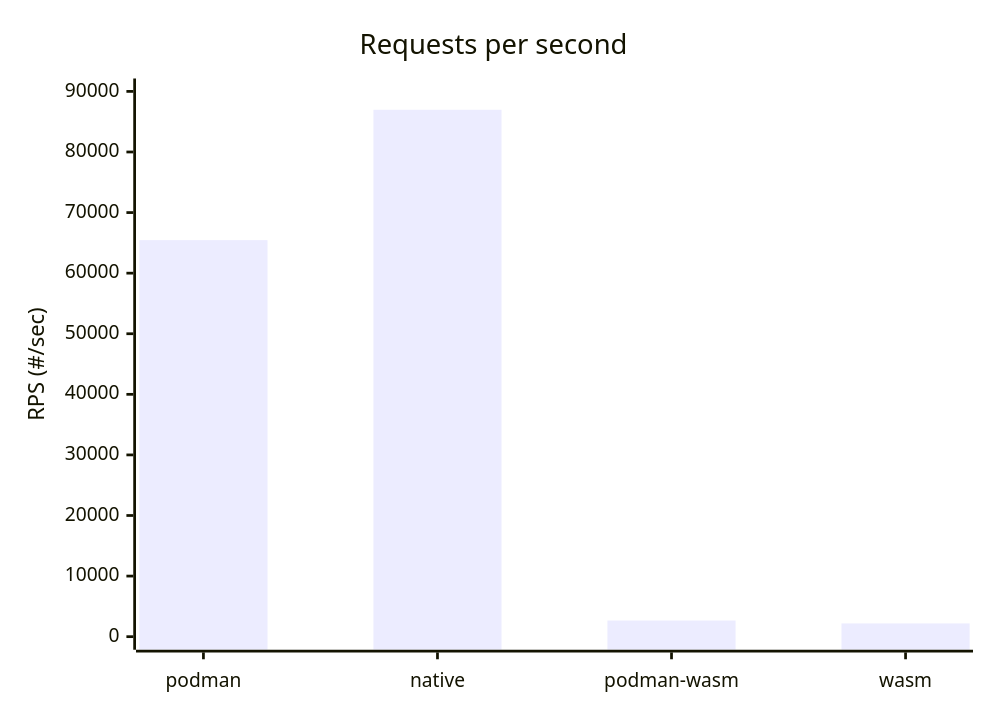
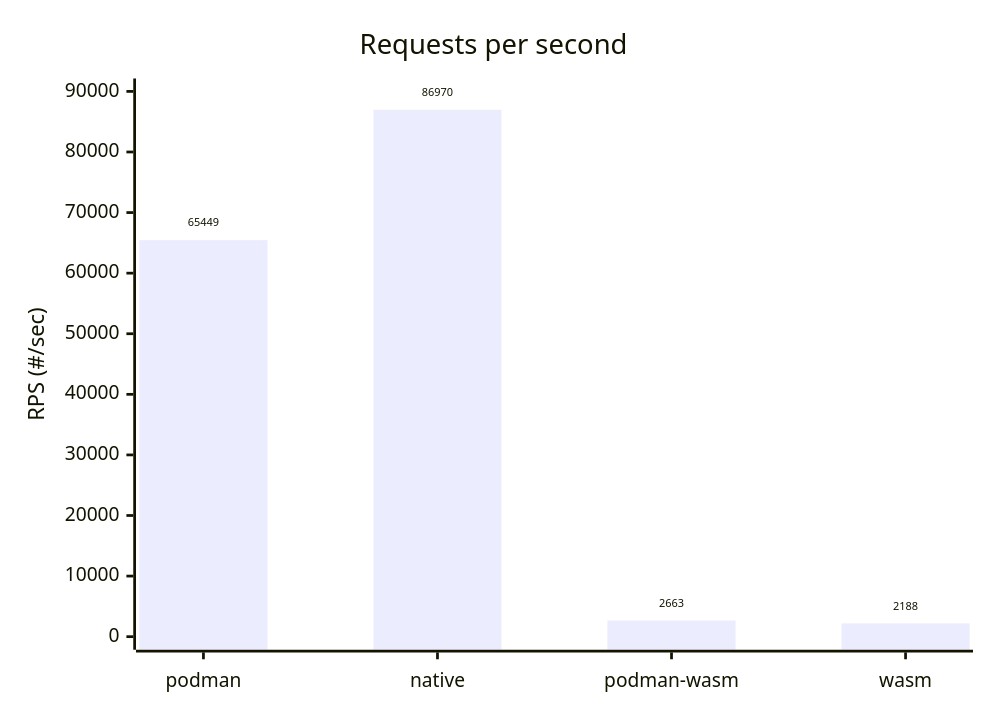
The ninth of 9 diagrams in _posts/2025-01-02-podman-wasm-libkrun.md (josecastillolema/josecastillolema.github.io), drawn with Mermaid before and after one commit. The commit also changed other lines of this file and 364 other files, not shown here.

````diff
--- a/_posts/2025-01-02-podman-wasm-libkrun.md
+++ b/_posts/2025-01-02-podman-wasm-libkrun.md
@@ -379,7 +421,13 @@
 ```mermaid
-xychart-beta
+---
+config:
+    xyChart:
+        showDataLabel: true
+        showDataLabelOutsideBar: true
+---
+xychart
     title "Requests per second"
     x-axis [podman, native, podman-wasm, wasm]
     y-axis "RPS (#/sec)" 0 --> 90000
     bar [65449, 86970, 2663, 2188]
 ```
````
